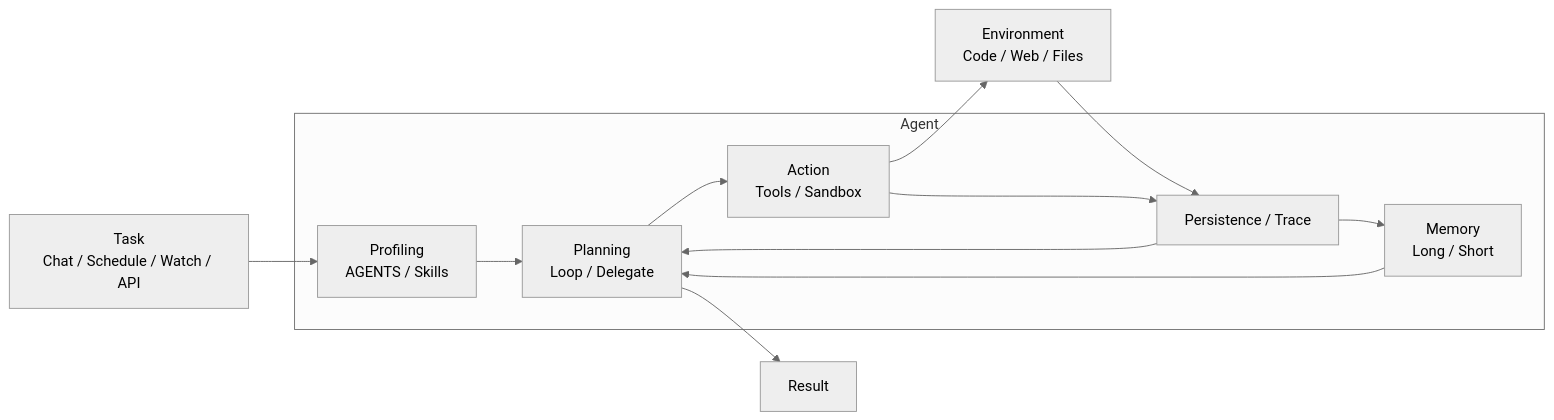
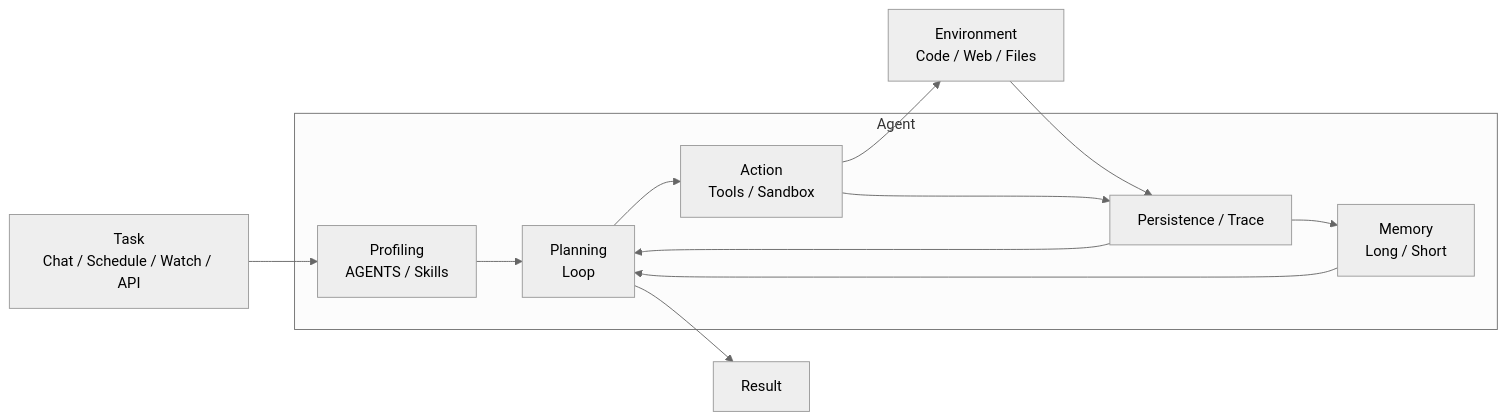
Before and after one commit to kmori6/commander: the diagram in README.md, drawn with Mermaid (neutral theme). The commit also changed other lines of this file and 18 other files, not shown here.

````diff
--- a/README.md
+++ b/README.md
@@ -98,26 +98,26 @@
 ```mermaid
 flowchart LR
     Task[Task<br/>Chat / Schedule / Watch / API]
 
     subgraph Agent[Agent]
         Profiling[Profiling<br/>AGENTS / Skills]
         Memory[Memory<br/>Long / Short]
-        Planning[Planning<br/>Loop / Delegate]
+        Planning[Planning<br/>Loop]
         Action[Action<br/>Tools / Sandbox]
         Trace[Persistence / Trace]
     end
 
     Env[Environment<br/>Code / Web / Files]
     Result[Result]
 
     Task --> Profiling
     Profiling --> Planning
     Memory --> Planning
     Planning --> Action
     Action --> Env
     Env --> Trace
     Action --> Trace
     Trace --> Memory
     Trace --> Planning
     Planning --> Result
 ```
````
